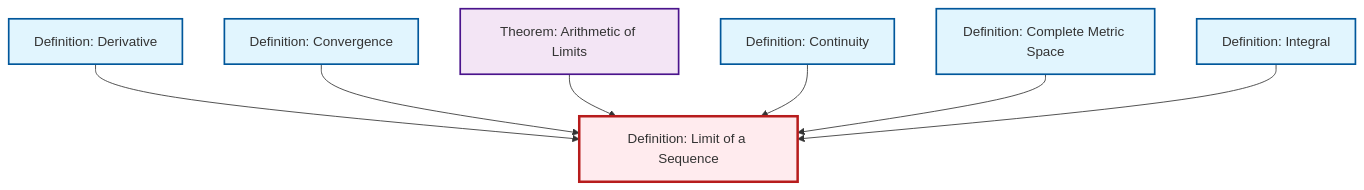
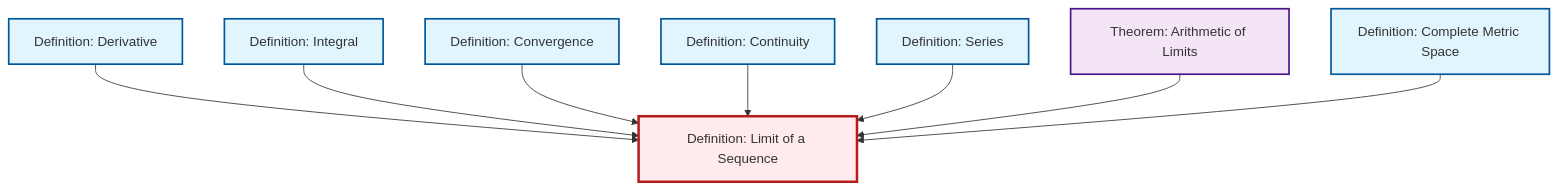
Before and after one commit to RK0429/ModernMath: the diagram in content/ja/analysis/def-limit.qmd, drawn with Mermaid. The commit also changed 474 other files, not shown here.

````diff
--- a/content/ja/analysis/def-limit.qmd
+++ b/content/ja/analysis/def-limit.qmd
@@ -49,29 +49,32 @@
 ```{mermaid}
 %%| fig-cap: "Local dependency graph"
 graph TD
     classDef definition fill:#e1f5fe,stroke:#01579b,stroke-width:2px
     classDef theorem fill:#f3e5f5,stroke:#4a148c,stroke-width:2px
     classDef axiom fill:#fff3e0,stroke:#e65100,stroke-width:2px
     classDef example fill:#e8f5e9,stroke:#1b5e20,stroke-width:2px
     classDef current fill:#ffebee,stroke:#b71c1c,stroke-width:3px
+    def-series["Definition: Series"]:::definition
+    def-complete-metric-space["Definition: Complete Metric Space"]:::definition
+    def-limit["Definition: Limit of a Sequence"]:::definition
+    def-continuity["Definition: Continuity"]:::definition
+    def-convergence["Definition: Convergence"]:::definition
+    def-derivative["Definition: Derivative"]:::definition
     def-integral["Definition: Integral"]:::definition
-    def-convergence["Definition: Convergence"]:::definition
-    def-complete-metric-space["Definition: Complete Metric Space"]:::definition
-    def-derivative["Definition: Derivative"]:::definition
-    def-continuity["Definition: Continuity"]:::definition
     thm-limit-arithmetic["Theorem: Arithmetic of Limits"]:::theorem
-    def-limit["Definition: Limit of a Sequence"]:::definition
     def-derivative --> def-limit
+    def-integral --> def-limit
     def-convergence --> def-limit
+    def-continuity --> def-limit
+    def-series --> def-limit
     thm-limit-arithmetic --> def-limit
-    def-continuity --> def-limit
     def-complete-metric-space --> def-limit
-    def-integral --> def-limit
     class def-limit current
+    click def-series "def-series.html" "Definition: Seriesへ"
+    click def-complete-metric-space "def-complete-metric-space.html" "Definition: Complete Metric Spaceへ"
+    click def-continuity "def-continuity.html" "Definition: Continuityへ"
+    click def-convergence "def-convergence.html" "Definition: Convergenceへ"
+    click def-derivative "def-derivative.html" "Definition: Derivativeへ"
     click def-integral "def-integral.html" "Definition: Integralへ"
-    click def-convergence "def-convergence.html" "Definition: Convergenceへ"
-    click def-complete-metric-space "def-complete-metric-space.html" "Definition: Complete Metric Spaceへ"
-    click def-derivative "def-derivative.html" "Definition: Derivativeへ"
-    click def-continuity "def-continuity.html" "Definition: Continuityへ"
     click thm-limit-arithmetic "thm-limit-arithmetic.html" "Theorem: Arithmetic of Limitsへ"
 ```
````
